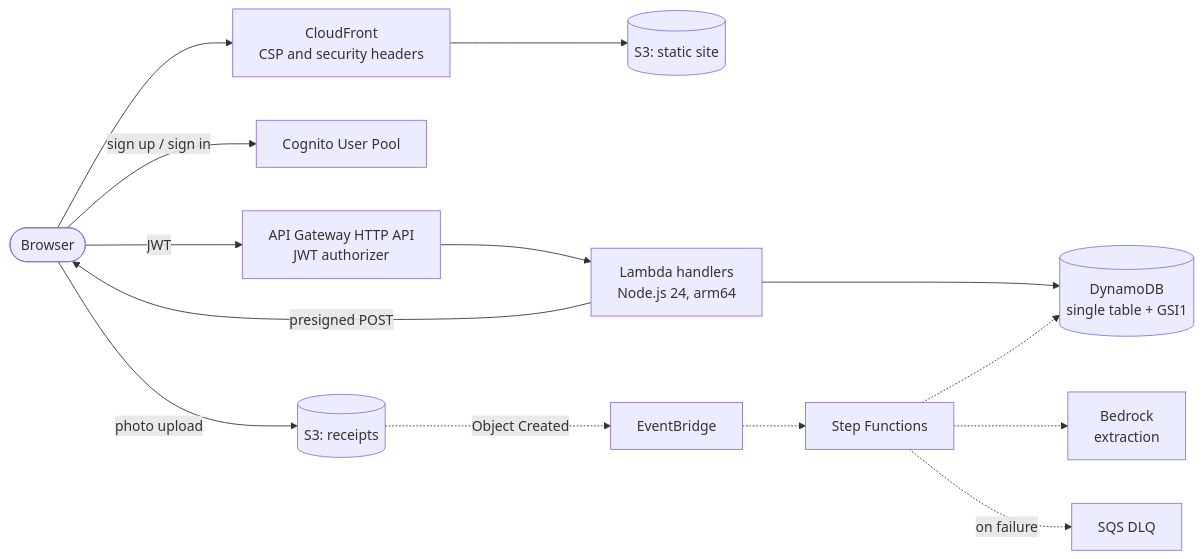
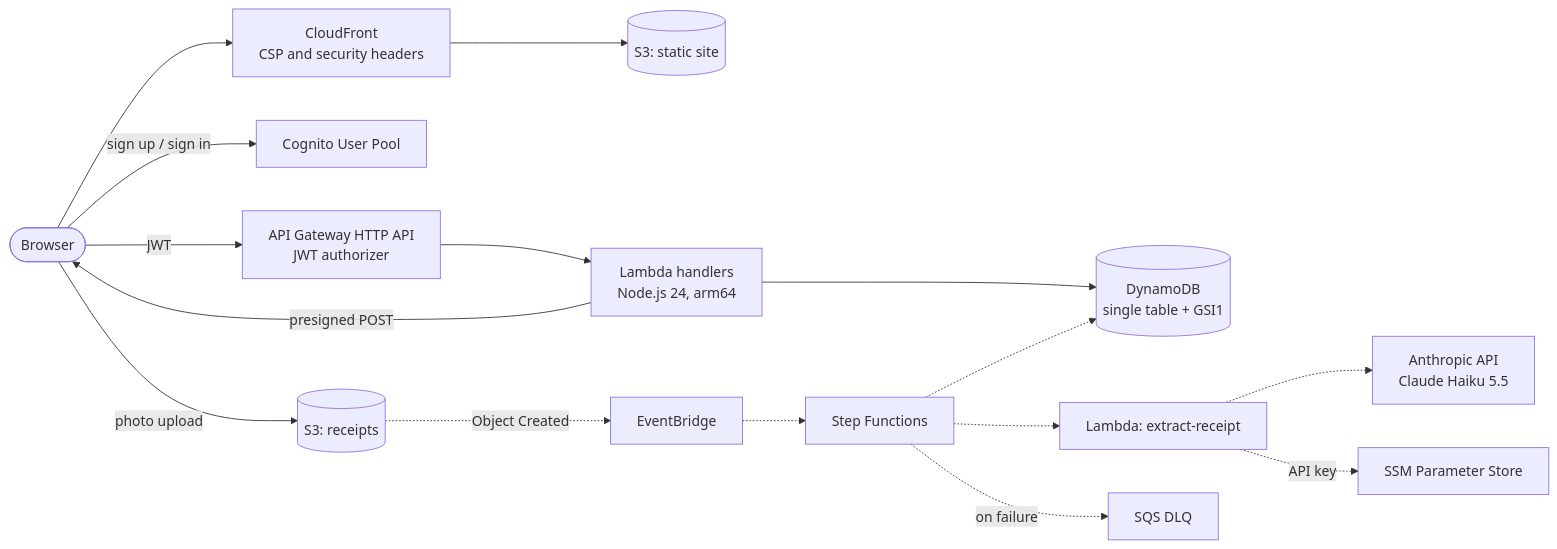
Before and after one commit to faber1999/receipts-app-aws: the diagram in README.md, drawn with Mermaid. The commit also changed other lines of this file and 3 other files, not shown here.

First line of the commit message:
feat(api): extract receipt data with Claude

````diff
--- a/README.md
+++ b/README.md
@@ -23,16 +23,18 @@
 ```mermaid
 flowchart LR
   user([Browser]) --> cf[CloudFront<br/>CSP and security headers]
   cf --> site[(S3: static site)]
   user -- sign up / sign in --> cognito[Cognito User Pool]
   user -- JWT --> apigw[API Gateway HTTP API<br/>JWT authorizer]
   apigw --> lambdas[Lambda handlers<br/>Node.js 24, arm64]
   lambdas --> ddb[(DynamoDB<br/>single table + GSI1)]
   lambdas -- presigned POST --> user
   user -- photo upload --> receipts[(S3: receipts)]
   receipts -. Object Created .-> eb[EventBridge]
   eb -.-> sfn[Step Functions]
-  sfn -.-> ai[Bedrock<br/>extraction]
+  sfn -.-> extract[Lambda: extract-receipt]
+  extract -.-> ai[Anthropic API<br/>Claude Haiku 5.5]
+  extract -. API key .-> ssm[SSM Parameter Store]
   sfn -.-> ddb
   sfn -. on failure .-> dlq[SQS DLQ]
 ```
````
